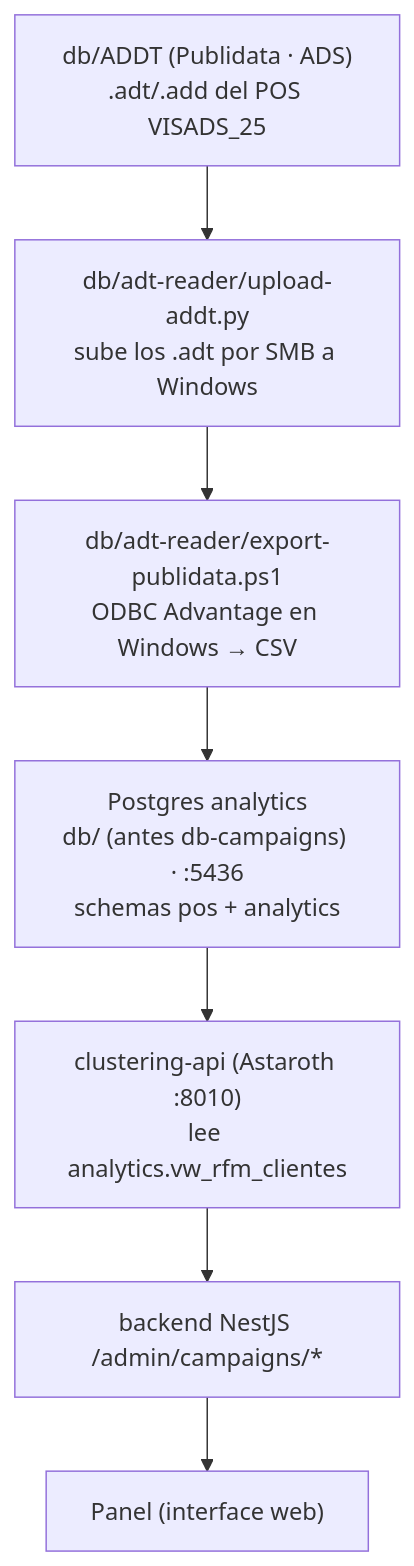
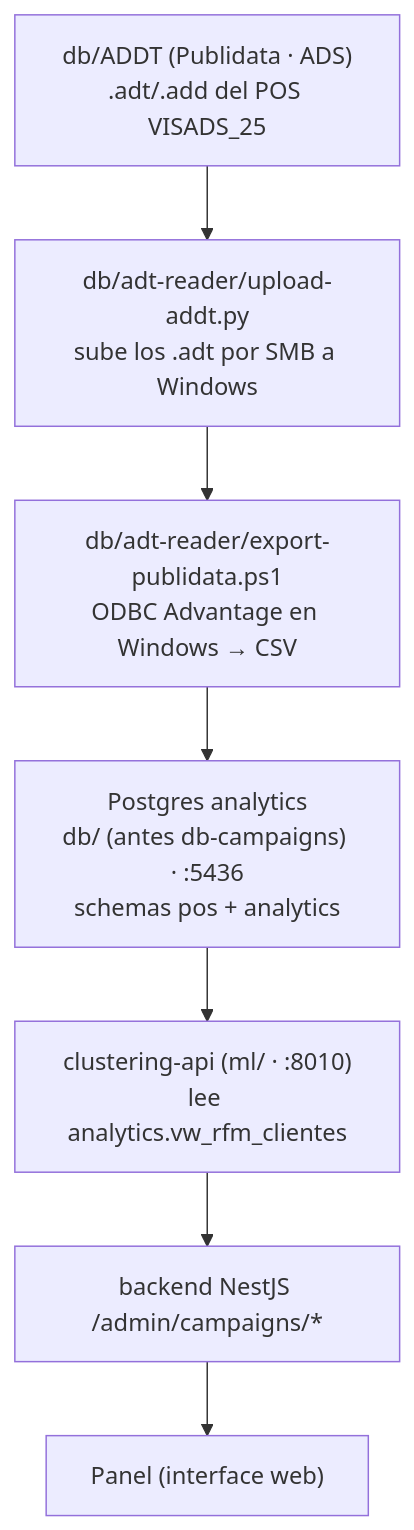
Before and after one commit to jctrejosi/crm: the diagram in docs/migracion-analytics.md, drawn with Mermaid. The commit also changed other lines of this file and 152 other files, not shown here.

````diff
--- a/docs/migracion-analytics.md
+++ b/docs/migracion-analytics.md
@@ -26,9 +26,9 @@
 ```mermaid
 graph TD
     A["db/ADDT (Publidata · ADS)<br/>.adt/.add del POS VISADS_25"] --> B["db/adt-reader/upload-addt.py<br/>sube los .adt por SMB a Windows"]
     B --> C["db/adt-reader/export-publidata.ps1<br/>ODBC Advantage en Windows → CSV"]
     C --> D["Postgres analytics<br/>db/ (antes db-campaigns) · :5436<br/>schemas pos + analytics"]
-    D --> E["clustering-api (Astaroth :8010)<br/>lee analytics.vw_rfm_clientes"]
+    D --> E["clustering-api (ml/ · :8010)<br/>lee analytics.vw_rfm_clientes"]
     E --> F["backend NestJS /admin/campaigns/*"]
     F --> G["Panel (interface web)"]
 ```
````
